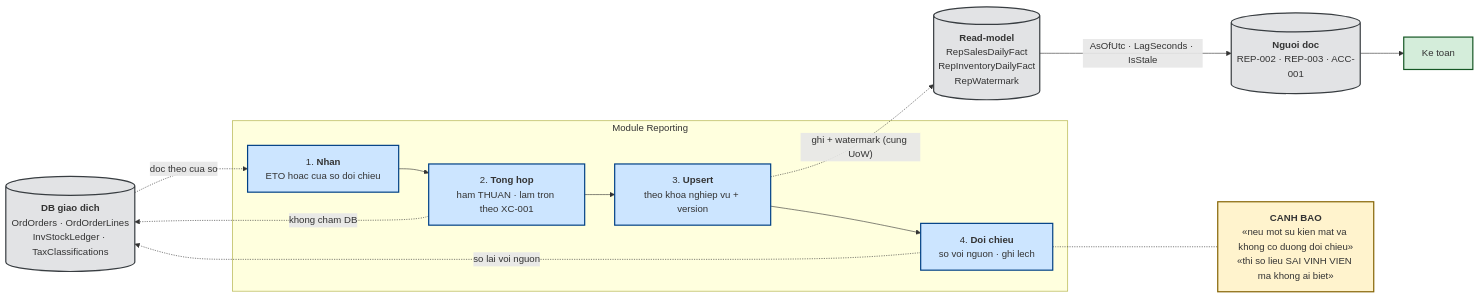
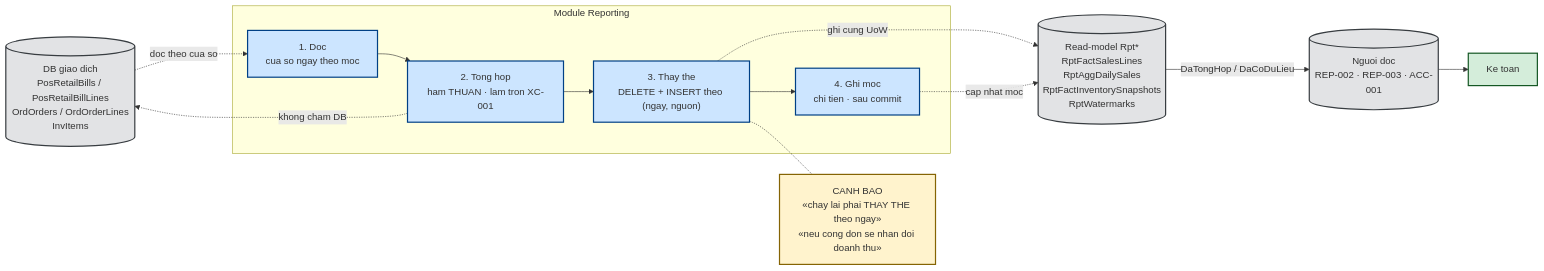
One commit to hungnt9801/eCommerce changed the sixth of 7 diagrams in docs/features/reporting/rep-001-read-model-job-tong-hop.md. Above: the diagram before and after it, drawn with Mermaid. The commit also changed other lines of this file and 9 other files, not shown here.

````diff
--- a/docs/features/reporting/rep-001-read-model-job-tong-hop.md
+++ b/docs/features/reporting/rep-001-read-model-job-tong-hop.md
@@ -290,35 +274,35 @@
 ```mermaid
 graph LR
     classDef actor fill:#d4edda,stroke:#155724,stroke-width:2px;
     classDef process fill:#cce5ff,stroke:#004085,stroke-width:2px;
     classDef datastore fill:#e2e3e5,stroke:#383d41,stroke-width:2px;
     classDef warn fill:#fff3cd,stroke:#856404,stroke-width:2px;
 
-    SRC[("<b>DB giao dich</b><br/>OrdOrders · OrdOrderLines<br/>InvStockLedger · TaxClassifications")]
-    RM[("<b>Read-model</b><br/>RepSalesDailyFact<br/>RepInventoryDailyFact<br/>RepWatermark")]
-    OUT[("<b>Nguoi doc</b><br/>REP-002 · REP-003 · ACC-001")]
+    SRC[("DB giao dich<br/>PosRetailBills / PosRetailBillLines<br/>OrdOrders / OrdOrderLines<br/>InvItems")]
+    RM[("Read-model Rpt*<br/>RptFactSalesLines<br/>RptAggDailySales<br/>RptFactInventorySnapshots<br/>RptWatermarks")]
+    OUT[("Nguoi doc<br/>REP-002 · REP-003 · ACC-001")]
     KT["Ke toan"]
 
     class KT actor;
     class SRC,RM,OUT datastore;
 
     subgraph REPM["Module Reporting"]
-        P1["1. <b>Nhan</b><br/>ETO hoac cua so doi chieu"]
-        P2["2. <b>Tong hop</b><br/>ham THUAN · lam tron theo XC-001"]
-        P3["3. <b>Upsert</b><br/>theo khoa nghiep vu + version"]
-        P4["4. <b>Doi chieu</b><br/>so voi nguon · ghi lech"]
+        P1["1. Doc<br/>cua so ngay theo moc"]
+        P2["2. Tong hop<br/>ham THUAN · lam tron XC-001"]
+        P3["3. Thay the<br/>DELETE + INSERT theo (ngay, nguon)"]
+        P4["4. Ghi moc<br/>chi tien · sau commit"]
         class P1,P2,P3,P4 process;
         P1 --> P2 --> P3 --> P4
     end
 
     SRC -. "doc theo cua so" .-> P1
     P2 -. "khong cham DB" .-> SRC
-    P3 -. "ghi + watermark (cung UoW)" .-> RM
-    P4 -. "so lai voi nguon" .-> SRC
-    RM -- "AsOfUtc · LagSeconds · IsStale" --> OUT
+    P3 -. "ghi cung UoW" .-> RM
+    P4 -. "cap nhat moc" .-> RM
+    RM -- "DaTongHop / DaCoDuLieu" --> OUT
     OUT --> KT
 
-    W["<b>CANH BAO</b><br/>«neu mot su kien mat va khong co duong doi chieu»<br/>«thi so lieu SAI VINH VIEN ma khong ai biet»"]
+    W["CANH BAO<br/>«chay lai phai THAY THE theo ngay»<br/>«neu cong don se nhan doi doanh thu»"]
     class W warn;
-    P4 -.- W
+    P3 -.- W
 ```
````
